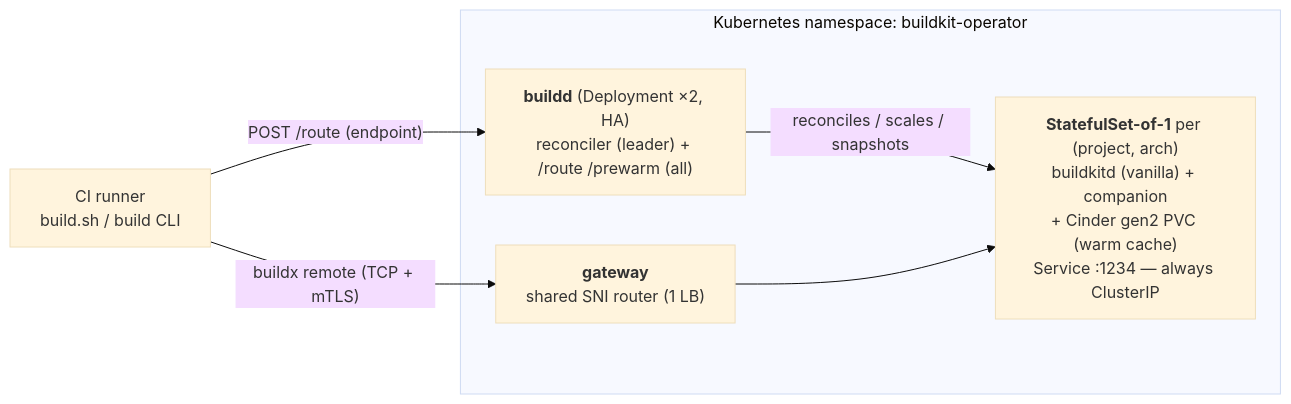
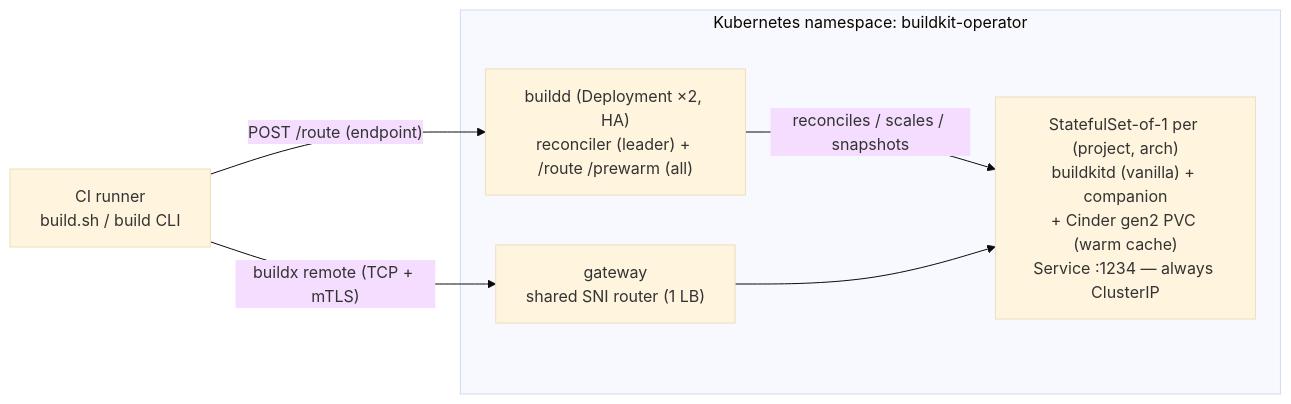
Before and after one commit to SocialGouv/buildkit-operator: the diagram in docs/architecture.md, drawn with Mermaid (base theme). The commit also changed 3 other files, not shown here.

````diff
--- a/docs/architecture.md
+++ b/docs/architecture.md
@@ -8,13 +8,13 @@
 ```mermaid
 flowchart LR
     ci["CI runner<br/>build.sh / build CLI"]
     subgraph ns["Kubernetes namespace: buildkit-operator"]
-        buildd["<b>buildd</b> (Deployment ×2, HA)<br/>reconciler (leader) + /route /prewarm (all)"]
-        gw["<b>gateway</b><br/>shared SNI router (1 LB)"]
-        sts["<b>StatefulSet-of-1</b> per (project, arch)<br/>buildkitd (vanilla) + companion<br/>+ Cinder gen2 PVC (warm cache)<br/>Service :1234 — always ClusterIP"]
+        buildd["buildd (Deployment ×2, HA)<br/>reconciler (leader) + /route /prewarm (all)"]
+        gw["gateway<br/>shared SNI router (1 LB)"]
+        sts["StatefulSet-of-1 per (project, arch)<br/>buildkitd (vanilla) + companion<br/>+ Cinder gen2 PVC (warm cache)<br/>Service :1234 — always ClusterIP"]
         buildd -- "reconciles / scales / snapshots" --> sts
         gw --> sts
     end
     ci -- "POST /route (endpoint)" --> buildd
     ci -- "buildx remote (TCP + mTLS)" --> gw
 ```
````
